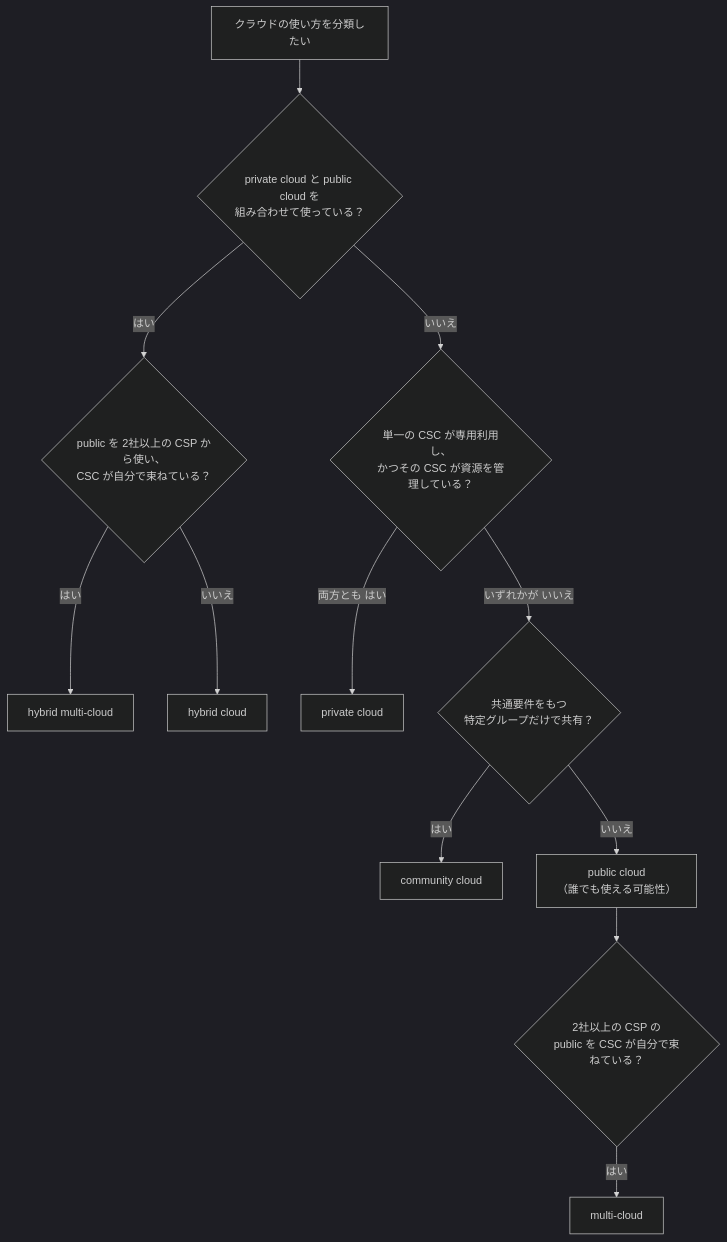
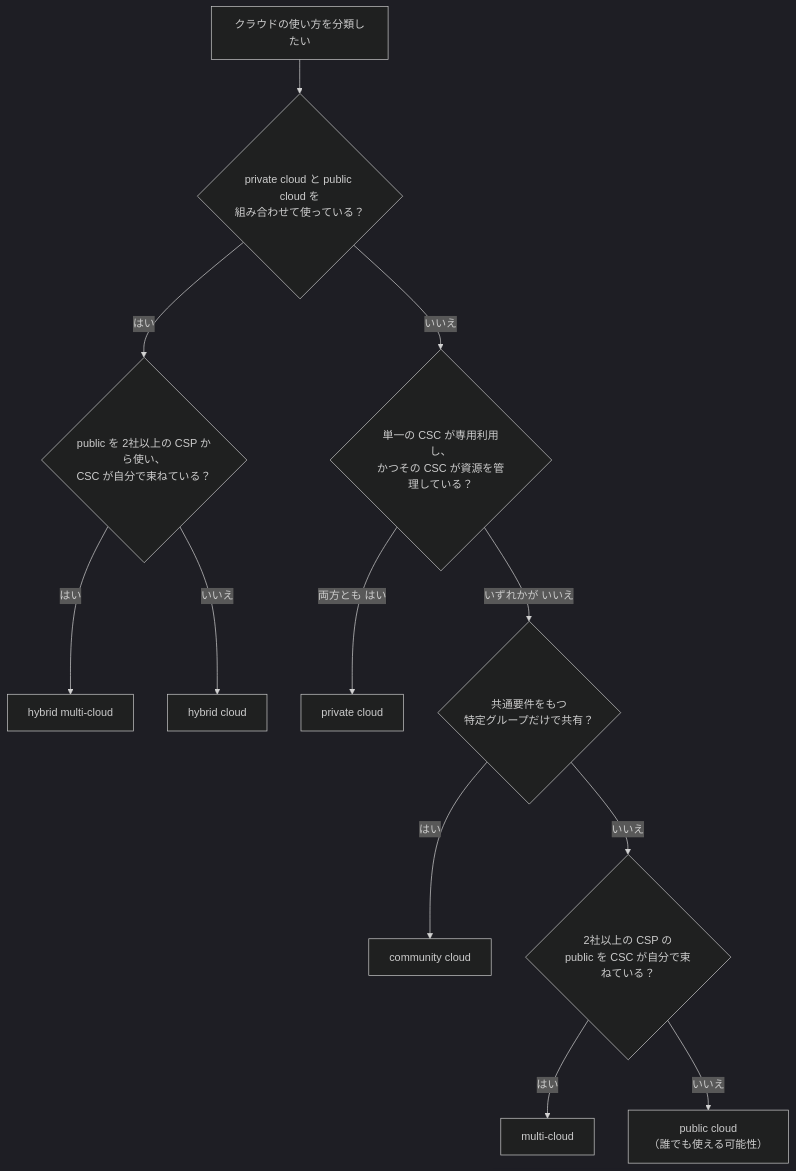
Before and after one commit to myoshi2891/Cloud-Infrastructure-and-Network-Studies: the fifth of 15 diagrams in Iso-iec-22123-1-2023-guide.md, drawn with Mermaid (dark theme). The commit also changed other lines of this file and 1 other file, not shown here.

Commit message:
docs(iso22123): refine deployment model decision flowchart and role distinctions

````diff
--- a/Iso-iec-22123-1-2023-guide.md
+++ b/Iso-iec-22123-1-2023-guide.md
@@ -224,14 +224,14 @@
 ```mermaid
 flowchart TD
     S["クラウドの使い方を分類したい"] --> Q0{"private cloud と public cloud を<br/>組み合わせて使っている？"}
     Q0 -->|"はい"| Q5{"public を 2社以上の CSP から使い、<br/>CSC が自分で束ねている？"}
     Q5 -->|"はい"| HMC["hybrid multi-cloud"]
     Q5 -->|"いいえ"| HYB["hybrid cloud"]
     Q0 -->|"いいえ"| Q1{"単一の CSC が専用利用し、<br/>かつその CSC が資源を管理している？"}
     Q1 -->|"両方とも はい"| PRI["private cloud"]
     Q1 -->|"いずれかが いいえ"| Q2{"共通要件をもつ<br/>特定グループだけで共有？"}
     Q2 -->|"はい"| COM["community cloud"]
-    Q2 -->|"いいえ"| PUB["public cloud<br/>（誰でも使える可能性）"]
-    PUB --> Q4{"2社以上の CSP の<br/>public を CSC が自分で束ねている？"}
+    Q2 -->|"いいえ"| Q4{"2社以上の CSP の<br/>public を CSC が自分で束ねている？"}
     Q4 -->|"はい"| MUL["multi-cloud"]
+    Q4 -->|"いいえ"| PUB["public cloud<br/>（誰でも使える可能性）"]
 ```
````
